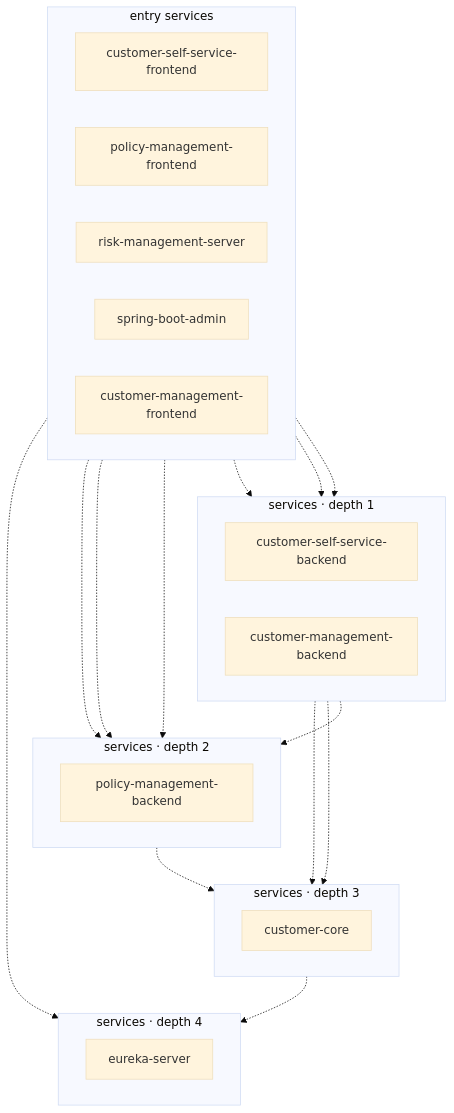
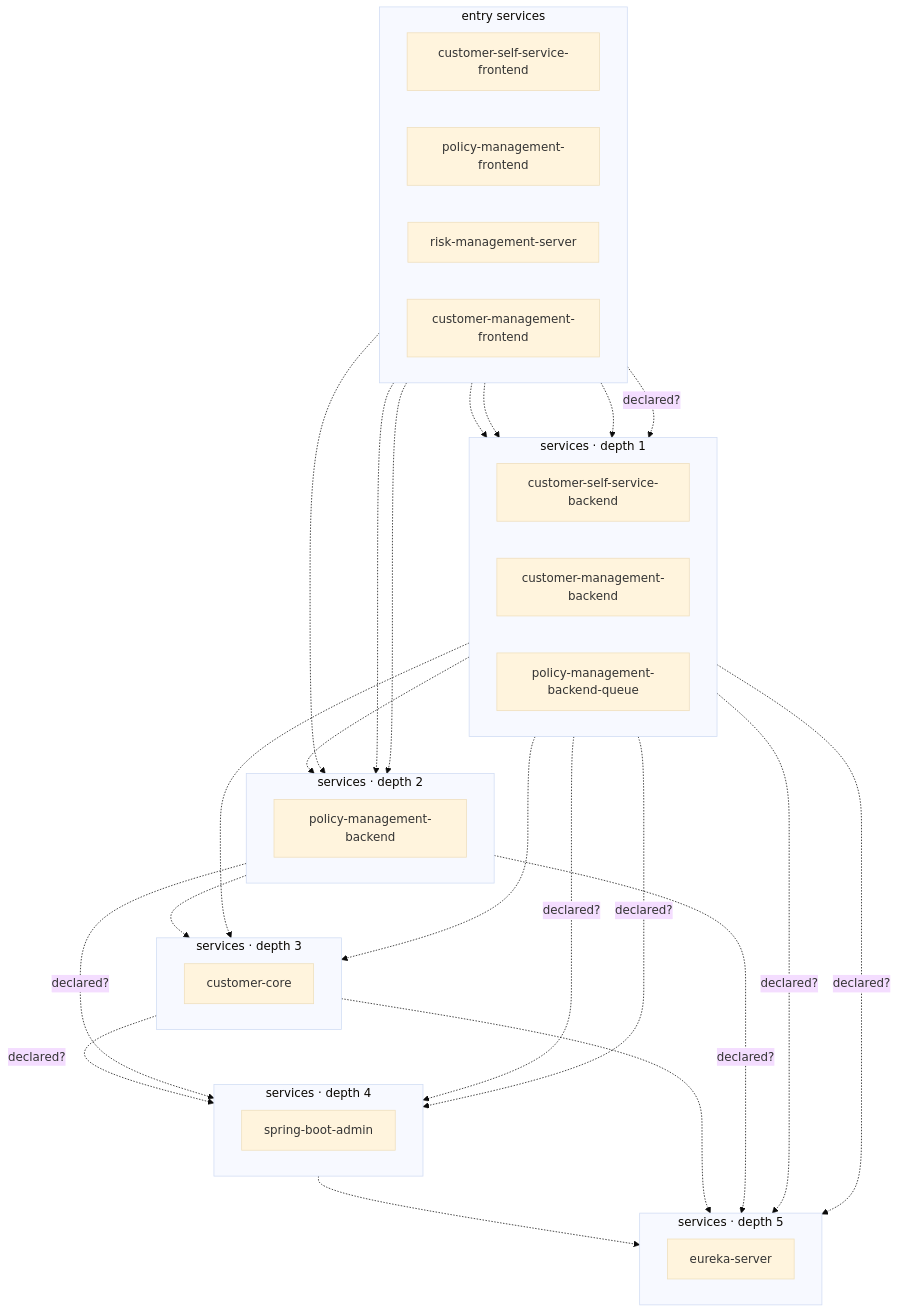
Before and after one commit to ANYuu531/ChatOps4Msa-Pipeline: the diagram in docs/generalization/external/lakeside-mutual.mmd, drawn with Mermaid (base theme). The commit also changed 23 other files, not shown here.

```diff
--- a/docs/generalization/external/lakeside-mutual.mmd
+++ b/docs/generalization/external/lakeside-mutual.mmd
@@ -1,41 +1,53 @@
 flowchart TB
 %% DepWeaver — microservice dependency graph
 %% solid arrow = observed at runtime (Istio) · dashed = declared in code/doc only
 %% node shape: [service] ([gateway]) [(db)] {{queue}} [/external/]
   subgraph layer0 ["entry services"]
     direction LR
     customer_self_service_frontend["customer-self-service-frontend"]
     policy_management_frontend["policy-management-frontend"]
     risk_management_server["risk-management-server"]
-    spring_boot_admin["spring-boot-admin"]
     customer_management_frontend["customer-management-frontend"]
   end
   subgraph layer1 ["services · depth 1"]
     direction LR
     customer_self_service_backend["customer-self-service-backend"]
     customer_management_backend["customer-management-backend"]
+    policy_management_backend_queue["policy-management-backend-queue"]
   end
   subgraph layer2 ["services · depth 2"]
     direction LR
     policy_management_backend["policy-management-backend"]
   end
   subgraph layer3 ["services · depth 3"]
     direction LR
     customer_core["customer-core"]
   end
   subgraph layer4 ["services · depth 4"]
+    direction LR
+    spring_boot_admin["spring-boot-admin"]
+  end
+  subgraph layer5 ["services · depth 5"]
     direction LR
     eureka_server["eureka-server"]
   end
   customer_management_backend -.-> customer_core
   policy_management_backend -.-> customer_core
   customer_self_service_backend -.-> customer_core
   customer_core -.-> eureka_server
   customer_management_frontend -.-> customer_management_backend
   customer_self_service_backend -.-> policy_management_backend
   customer_self_service_frontend -.-> customer_self_service_backend
   customer_self_service_frontend -.-> customer_management_backend
   customer_self_service_frontend -.-> policy_management_backend
   policy_management_frontend -.-> policy_management_backend
   spring_boot_admin -.-> eureka_server
   risk_management_server -.-> policy_management_backend
+  customer_management_backend -. declared? .-> eureka_server
+  customer_self_service_backend -. declared? .-> eureka_server
+  policy_management_backend -. declared? .-> eureka_server
+  customer_core -. declared? .-> spring_boot_admin
+  customer_management_backend -. declared? .-> spring_boot_admin
+  policy_management_backend -. declared? .-> spring_boot_admin
+  customer_self_service_backend -. declared? .-> spring_boot_admin
+  risk_management_server -. declared? .-> policy_management_backend_queue
```
